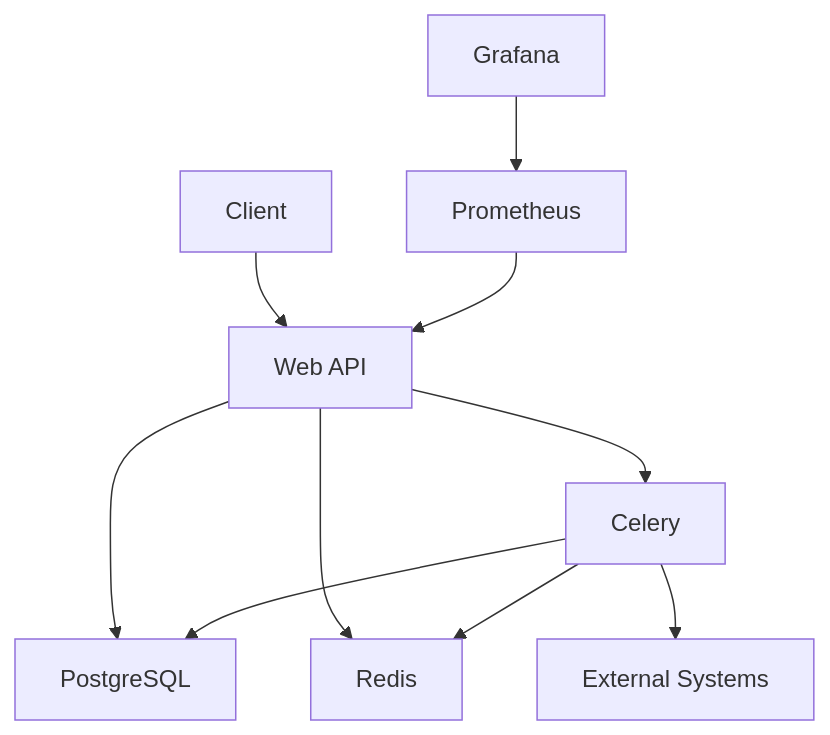
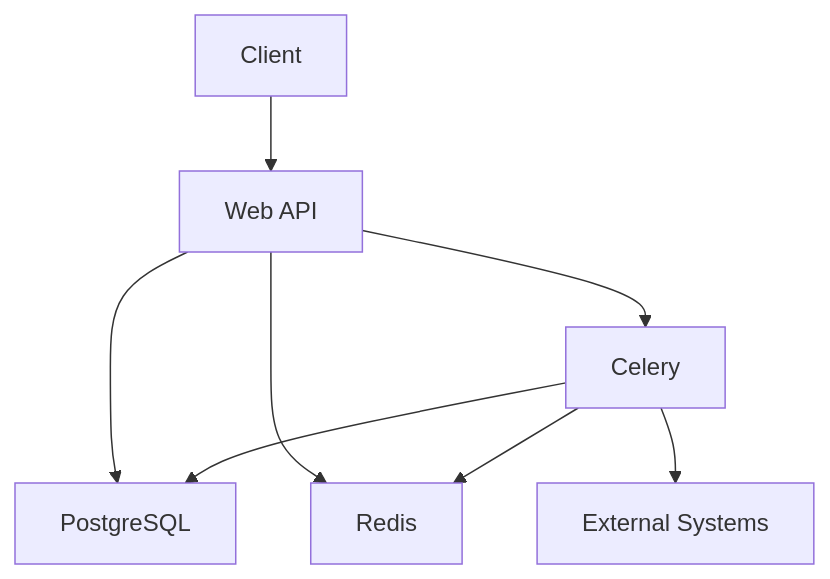
The diagram in TECHNICAL_DOC.md (alain-nambi/offers_api), drawn with Mermaid before and after one commit. The commit also changed other lines of this file and 5 other files, not shown here.

````diff
--- a/TECHNICAL_DOC.md
+++ b/TECHNICAL_DOC.md
@@ -17,12 +16,10 @@
 ```mermaid
 graph TD
     A[Client] --> B[Web API]
     B --> C[PostgreSQL]
     B --> D[Redis]
     B --> E[Celery]
     E --> D
     E --> F[External Systems]
     E --> C
-    G[Grafana] --> H[Prometheus]
-    H --> B
 ```
````
